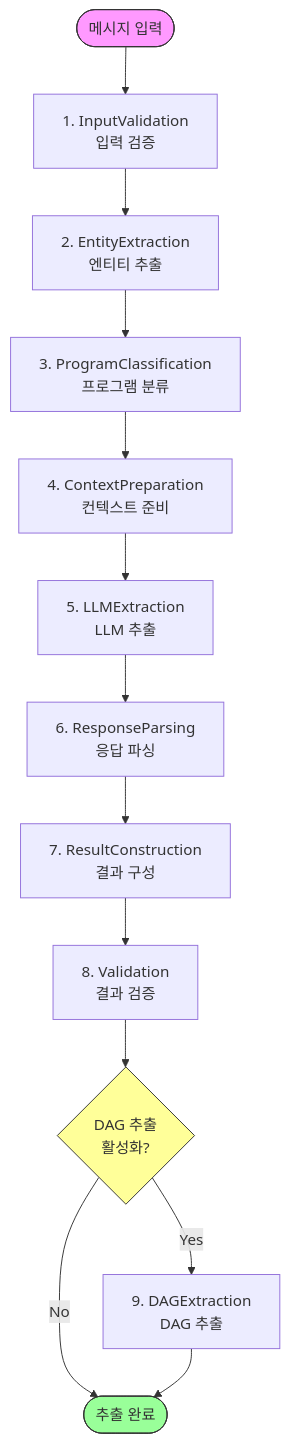
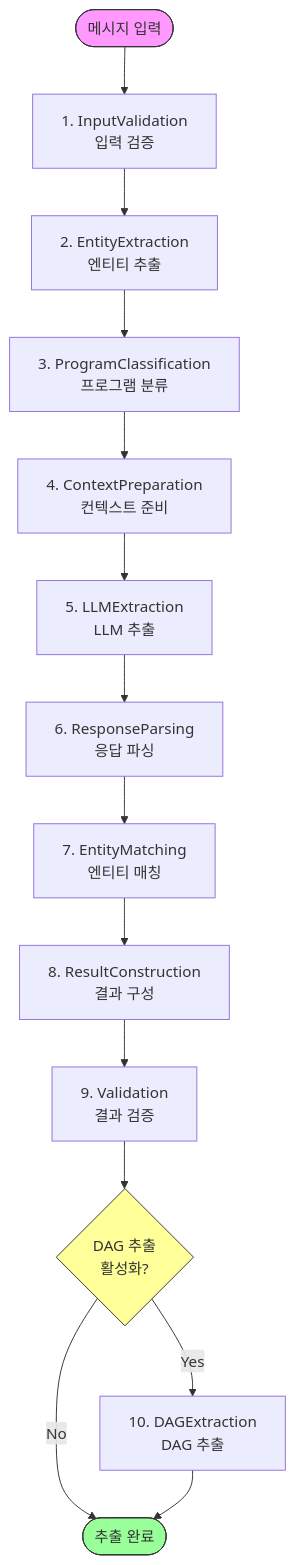
One commit to yonggoghi/AgenticWorkflow changed the diagram in mms_extractor_exp/docs/WORKFLOW_GUIDE.md. Above: the diagram before and after it, drawn with Mermaid. The commit also changed other lines of this file and 6 other files, not shown here.

First line of the commit message:
Update docs for 10-step pipeline with EntityMatchingStep

````diff
--- a/mms_extractor_exp/docs/WORKFLOW_GUIDE.md
+++ b/mms_extractor_exp/docs/WORKFLOW_GUIDE.md
@@ -19,19 +19,20 @@
 ```mermaid
 graph TD
     START([메시지 입력]) --> STEP1[1. InputValidation<br/>입력 검증]
     STEP1 --> STEP2[2. EntityExtraction<br/>엔티티 추출]
     STEP2 --> STEP3[3. ProgramClassification<br/>프로그램 분류]
     STEP3 --> STEP4[4. ContextPreparation<br/>컨텍스트 준비]
     STEP4 --> STEP5[5. LLMExtraction<br/>LLM 추출]
     STEP5 --> STEP6[6. ResponseParsing<br/>응답 파싱]
-    STEP6 --> STEP7[7. ResultConstruction<br/>결과 구성]
-    STEP7 --> STEP8[8. Validation<br/>결과 검증]
-    STEP8 --> DECISION{DAG 추출<br/>활성화?}
-    DECISION -->|Yes| STEP9[9. DAGExtraction<br/>DAG 추출]
+    STEP6 --> STEP7[7. EntityMatching<br/>엔티티 매칭]
+    STEP7 --> STEP8[8. ResultConstruction<br/>결과 구성]
+    STEP8 --> STEP9[9. Validation<br/>결과 검증]
+    STEP9 --> DECISION{DAG 추출<br/>활성화?}
+    DECISION -->|Yes| STEP10[10. DAGExtraction<br/>DAG 추출]
     DECISION -->|No| END([추출 완료])
-    STEP9 --> END
-    
+    STEP10 --> END
+
     style START fill:#f9f,stroke:#333
     style END fill:#9f9,stroke:#333
     style DECISION fill:#ff9,stroke:#333
 ```
````
